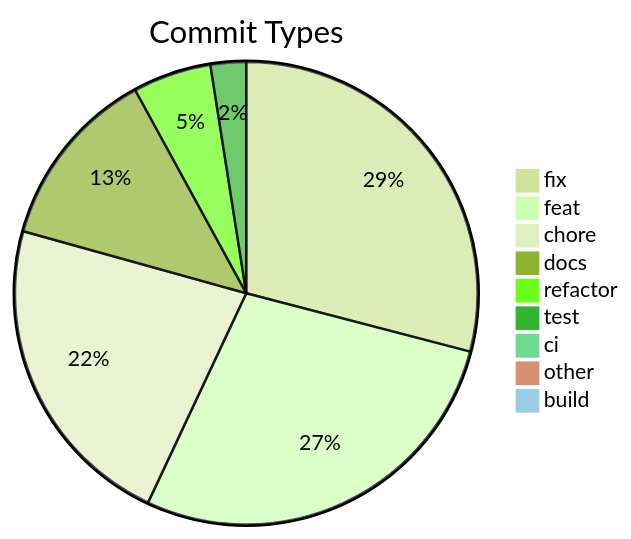
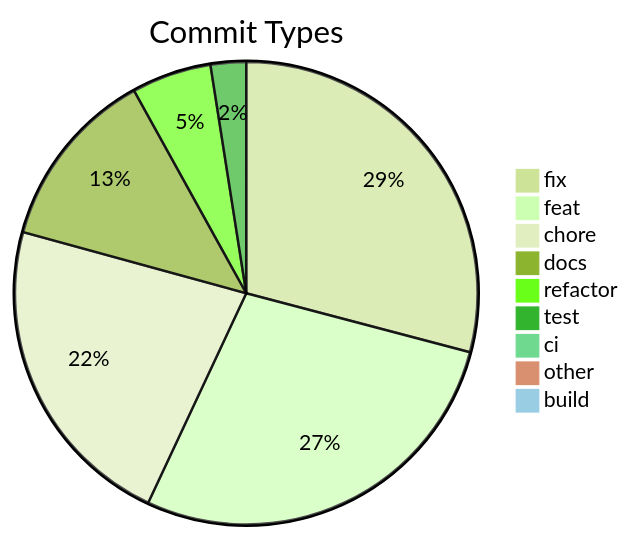
The diagram in .shipwright/compliance/change-history.md (svenroth-ai/shipwright), drawn with Mermaid (forest theme) before and after one commit. The commit also changed other lines of this file and 26 other files, not shown here.

````diff
--- a/.shipwright/compliance/change-history.md
+++ b/.shipwright/compliance/change-history.md
@@ -8,12 +8,12 @@
 ```mermaid
 pie title Commit Types
-    "fix" : 281
+    "fix" : 282
     "feat" : 270
     "chore" : 216
     "docs" : 123
-    "refactor" : 53
+    "refactor" : 54
     "test" : 24
     "ci" : 7
     "other" : 7
     "build" : 1
 ```
````
